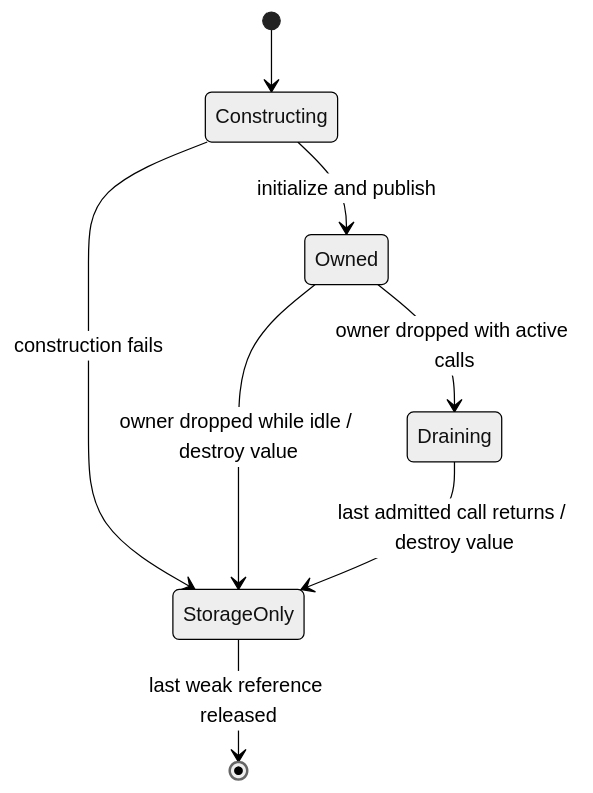
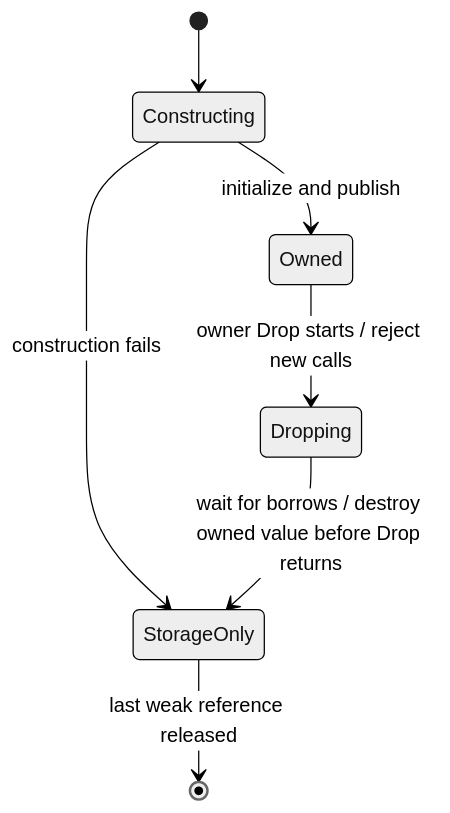
One commit to NeoCogi/neocogi-ui changed the second of 2 diagrams in docs/EXCLUSIVE_WIDGET_OWNERSHIP.md. Above: the diagram before and after it, drawn with Mermaid (neutral theme). The commit also changed other lines of this file and 42 other files, not shown here.

````diff
--- a/docs/EXCLUSIVE_WIDGET_OWNERSHIP.md
+++ b/docs/EXCLUSIVE_WIDGET_OWNERSHIP.md
@@ -94,10 +92,9 @@
 ```mermaid
 stateDiagram-v2
     [*] --> Constructing
     Constructing --> Owned: initialize and publish
     Constructing --> StorageOnly: construction fails
-    Owned --> Draining: owner dropped with active calls
-    Owned --> StorageOnly: owner dropped while idle / destroy value
-    Draining --> StorageOnly: last admitted call returns / destroy value
+    Owned --> Dropping: owner Drop starts / reject new calls
+    Dropping --> StorageOnly: wait for borrows / destroy owned value before Drop returns
     StorageOnly --> [*]: last weak reference released
 ```
````
